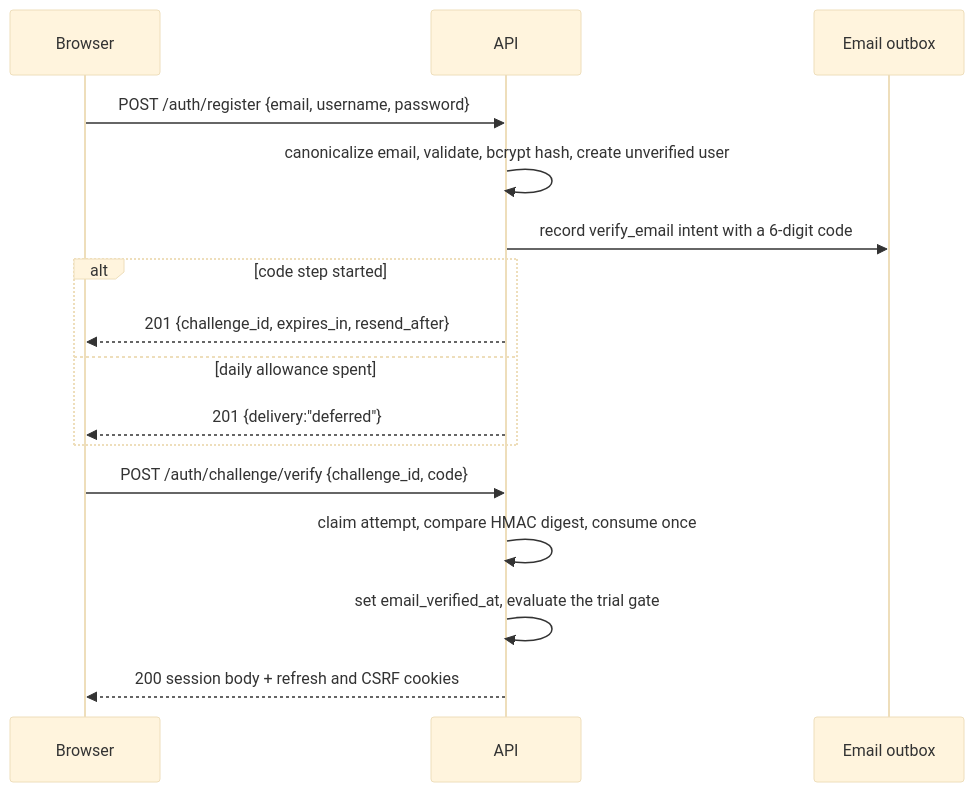
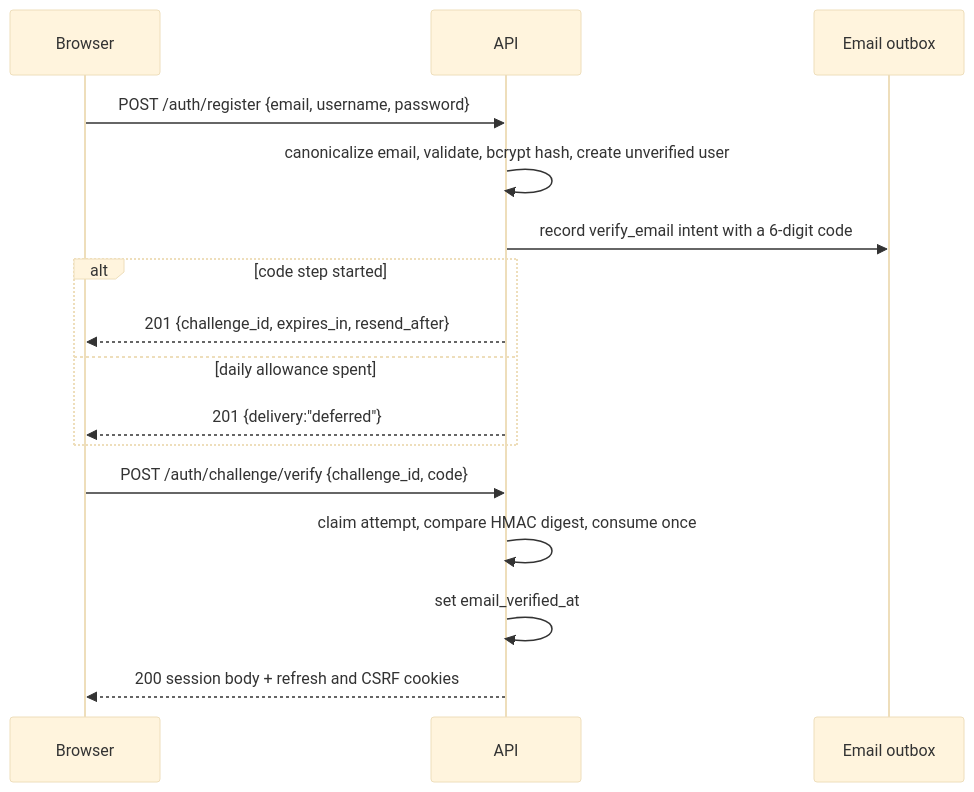
The first of 4 diagrams in context/auth.md (paulo-valleriote/legnaris), drawn with Mermaid (base theme) before and after one commit. The commit also changed other lines of this file and 68 other files, not shown here.

````diff
--- a/context/auth.md
+++ b/context/auth.md
@@ -24,18 +23,18 @@
 ```mermaid
 sequenceDiagram
   participant B as Browser
   participant A as API
   participant O as Email outbox
   B->>A: POST /auth/register {email, username, password}
   A->>A: canonicalize email, validate, bcrypt hash, create unverified user
   A->>O: record verify_email intent with a 6-digit code
   alt code step started
     A-->>B: 201 {challenge_id, expires_in, resend_after}
   else daily allowance spent
     A-->>B: 201 {delivery:"deferred"}
   end
   B->>A: POST /auth/challenge/verify {challenge_id, code}
   A->>A: claim attempt, compare HMAC digest, consume once
-  A->>A: set email_verified_at, evaluate the trial gate
+  A->>A: set email_verified_at
   A-->>B: 200 session body + refresh and CSRF cookies
 ```
````
